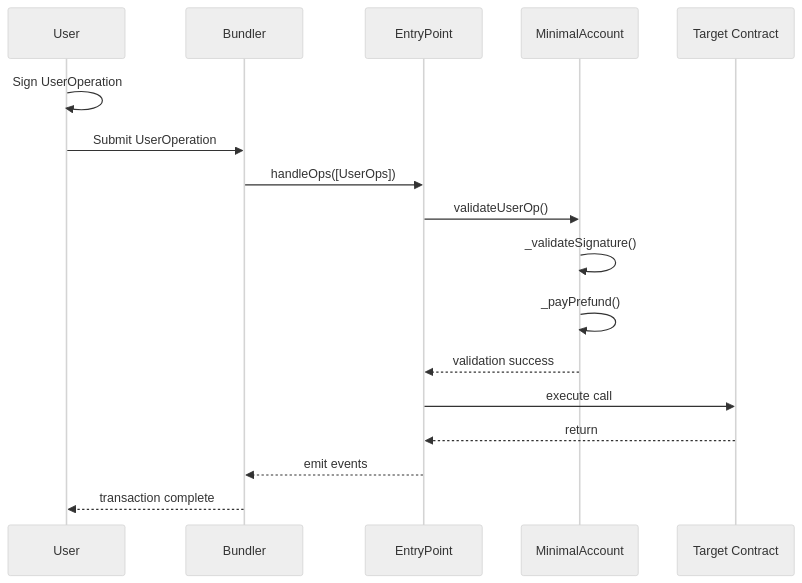
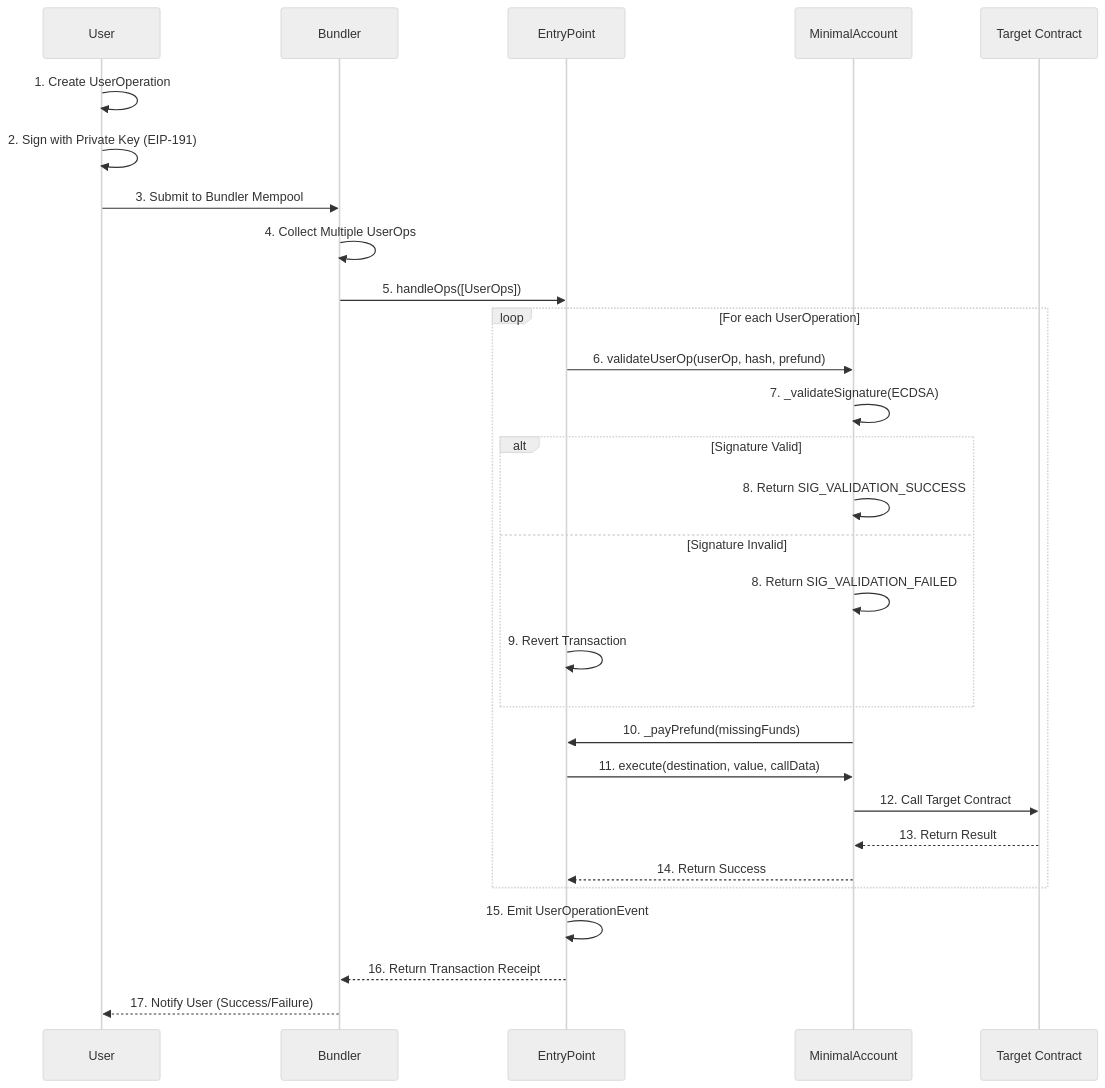
Before and after one commit to VxxxxC/foundry-account-abstraction: the second of 4 diagrams in README.md, drawn with Mermaid (neutral theme). The commit also changed other lines of this file, not shown here.

````diff
--- a/README.md
+++ b/README.md
@@ -85,20 +125,34 @@
 ```mermaid
 sequenceDiagram
     participant U as User
     participant B as Bundler
     participant EP as EntryPoint
     participant MA as MinimalAccount
     participant T as Target Contract
 
-    U->>U: Sign UserOperation
-    U->>B: Submit UserOperation
-    B->>EP: handleOps([UserOps])
-    EP->>MA: validateUserOp()
-    MA->>MA: _validateSignature()
-    MA->>MA: _payPrefund()
-    MA-->>EP: validation success
-    EP->>T: execute call
-    T-->>EP: return
-    EP-->>B: emit events
-    B-->>U: transaction complete
+    U->>U: 1. Create UserOperation
+    U->>U: 2. Sign with Private Key (EIP-191)
+    U->>B: 3. Submit to Bundler Mempool
+    B->>B: 4. Collect Multiple UserOps
+    B->>EP: 5. handleOps([UserOps])
+    
+    loop For each UserOperation
+        EP->>MA: 6. validateUserOp(userOp, hash, prefund)
+        MA->>MA: 7. _validateSignature(ECDSA)
+        alt Signature Valid
+            MA->>MA: 8. Return SIG_VALIDATION_SUCCESS
+        else Signature Invalid
+            MA->>MA: 8. Return SIG_VALIDATION_FAILED
+            EP->>EP: 9. Revert Transaction
+        end
+        MA->>EP: 10. _payPrefund(missingFunds)
+        EP->>MA: 11. execute(destination, value, callData)
+        MA->>T: 12. Call Target Contract
+        T-->>MA: 13. Return Result
+        MA-->>EP: 14. Return Success
+    end
+    
+    EP->>EP: 15. Emit UserOperationEvent
+    EP-->>B: 16. Return Transaction Receipt
+    B-->>U: 17. Notify User (Success/Failure)
 ```
````
